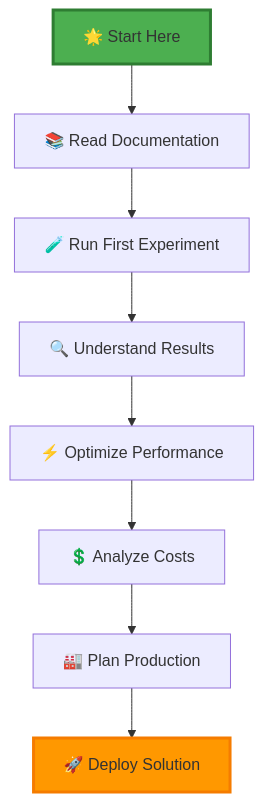
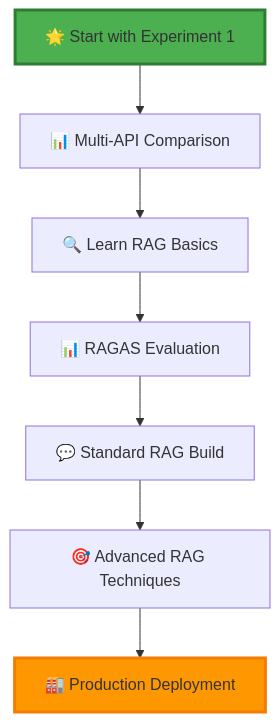
The eighth of 8 diagrams in README.MD (dhruvsh1997/LiteLLM-Experiments), drawn with Mermaid before and after one commit. The commit also changed other lines of this file, not shown here.

````diff
--- a/README.MD
+++ b/README.MD
@@ -557,13 +485,12 @@
 ```mermaid
 graph TD
-    A[🌟 Start Here] --> B[📚 Read Documentation]
-    B --> C[🧪 Run First Experiment]
-    C --> D[🔍 Understand Results]
-    D --> E[⚡ Optimize Performance]
-    E --> F[💲 Analyze Costs]
-    F --> G[🏭 Plan Production]
-    G --> H[🚀 Deploy Solution]
+    A[🌟 Start with Experiment 1] --> B[📊 Multi-API Comparison]
+    B --> C[🔍 Learn RAG Basics]
+    C --> D[📊 RAGAS Evaluation]
+    D --> E[💬 Standard RAG Build]
+    E --> F[🎯 Advanced RAG Techniques]
+    F --> G[🏭 Production Deployment]
     
     style A fill:#4CAF50,stroke:#2E7D32,stroke-width:3px
-    style H fill:#FF9800,stroke:#F57C00,stroke-width:3px
+    style G fill:#FF9800,stroke:#F57C00,stroke-width:3px
 ```
````
